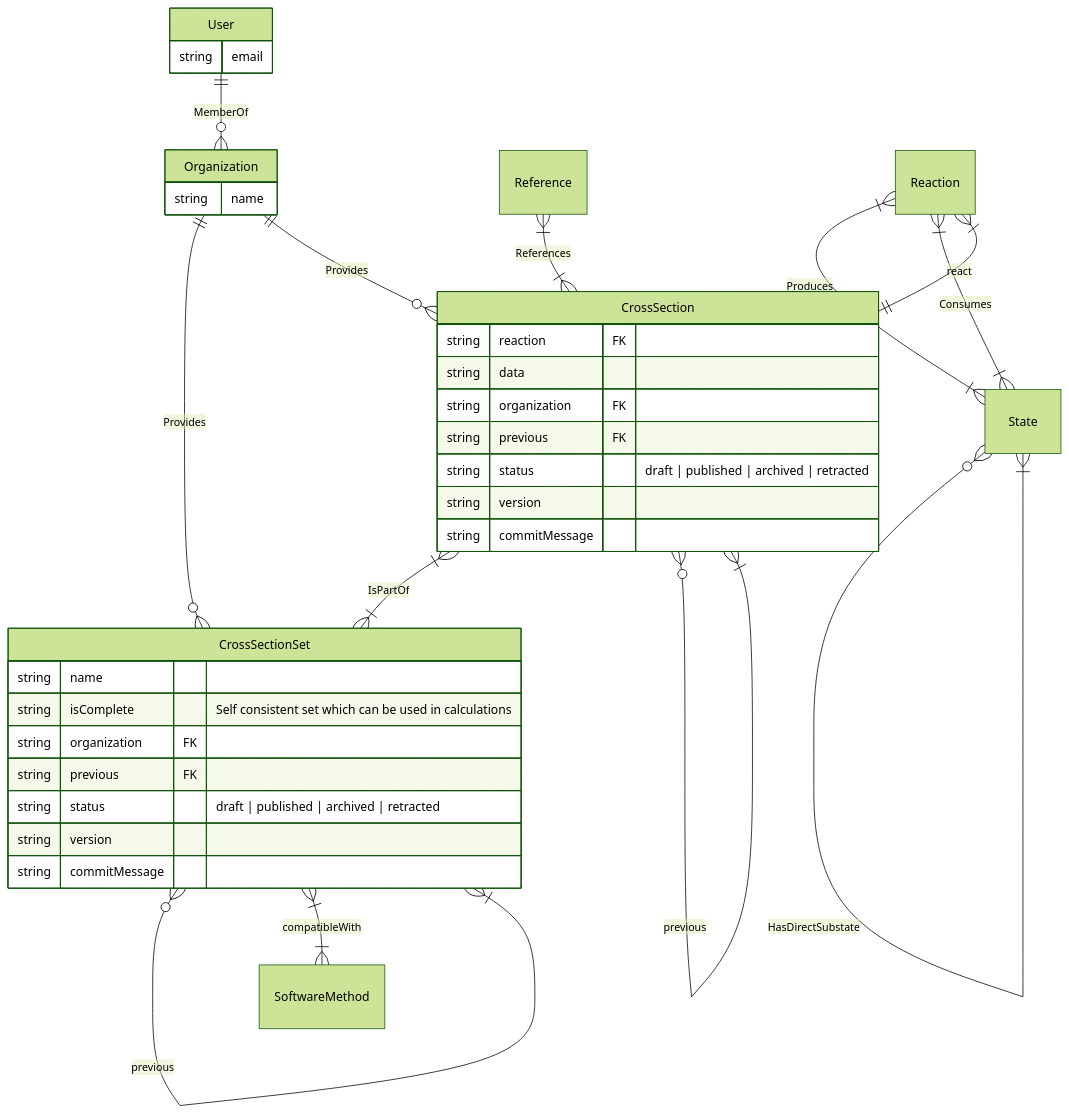
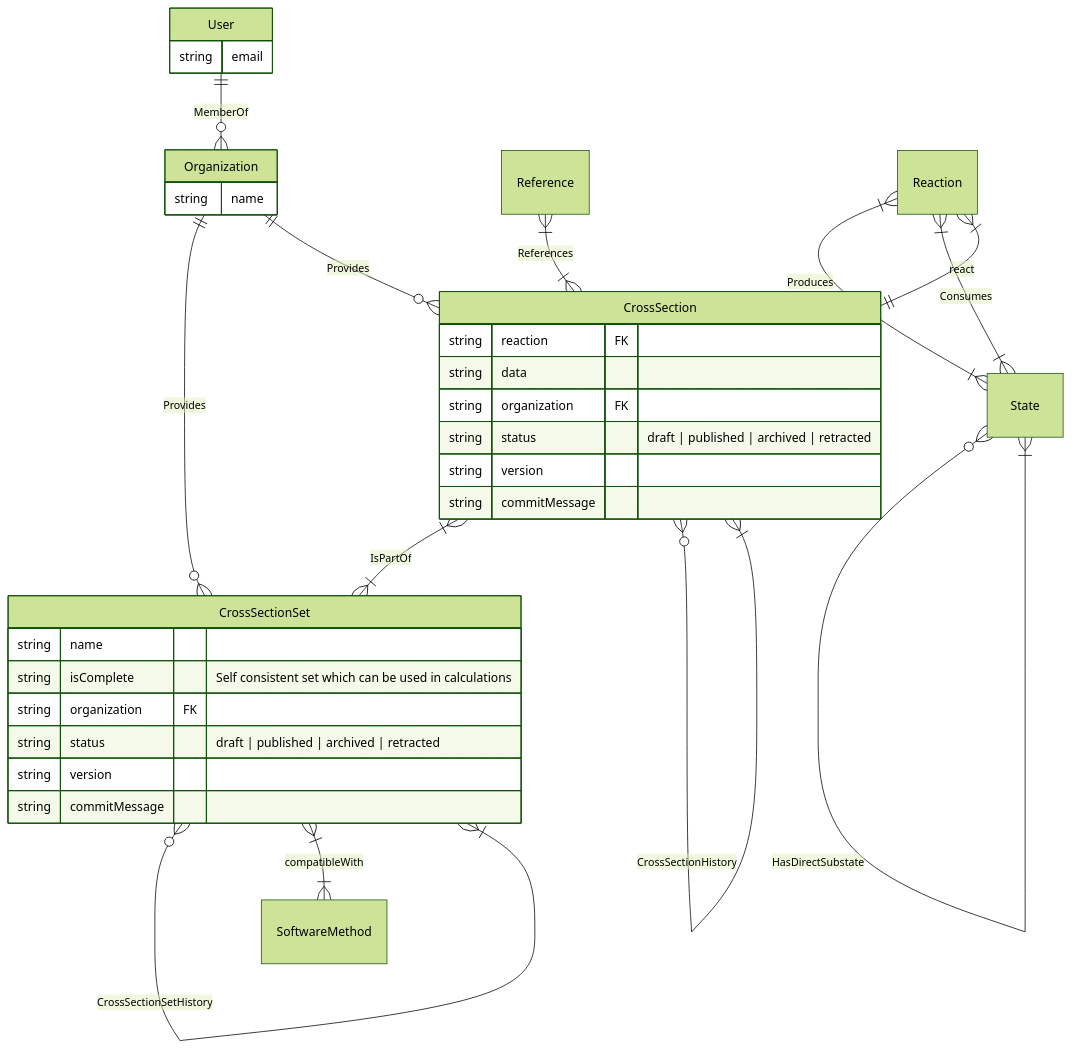
One commit to LXCat-project/LXCat changed the diagram in database/seeds/with-owners-and-versions/schema.md. Above: the diagram before and after it, drawn with Mermaid (forest theme). The commit also changed 3 other files, not shown here.

````diff
--- a/database/seeds/with-owners-and-versions/schema.md
+++ b/database/seeds/with-owners-and-versions/schema.md
@@ -3,39 +3,37 @@
 ```mermaid
 erDiagram
     User {
         string email
     }
     Organization {
         string name
     }
     CrossSectionSet {
         string name
         string isComplete "Self consistent set which can be used in calculations"
         string organization FK
-        string previous FK ""
         string status "draft | published | archived | retracted"
         string version
         string commitMessage  
     }
     CrossSection {
         string reaction FK
         string data
         string organization FK
-        string previous FK ""
         string status "draft | published | archived | retracted"
         string version
         string commitMessage
     }
     User ||--o{ Organization: MemberOf
     Organization ||--o{ CrossSectionSet: Provides
-    CrossSectionSet }o--|{ CrossSectionSet: previous
+    CrossSectionSet }o--|{ CrossSectionSet: CrossSectionSetHistory
     CrossSection }|--|{ CrossSectionSet: IsPartOf
     Organization ||--o{ CrossSection: Provides
-    CrossSection }o--|{ CrossSection: previous
+    CrossSection }o--|{ CrossSection: CrossSectionHistory
     Reference }|--|{ CrossSection: References
     Reaction }|--|{ State: Produces
     Reaction }|--|{ State: Consumes
     State }o--|{ State: HasDirectSubstate
     Reaction }|--|| CrossSection: react
     CrossSectionSet }|--|{ SoftwareMethod: compatibleWith
 ```
````
